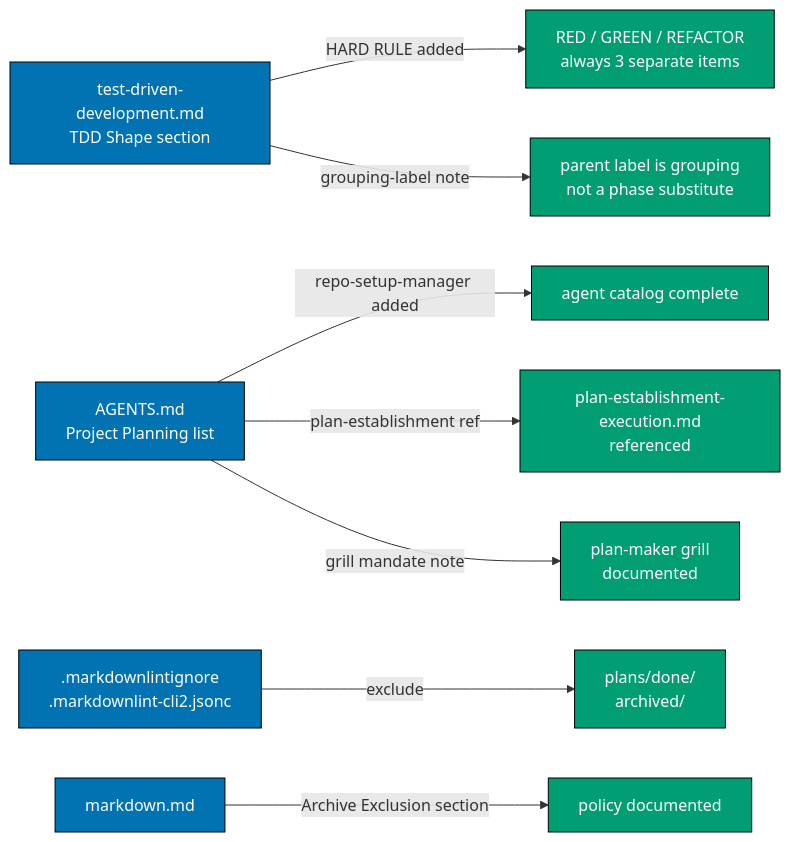
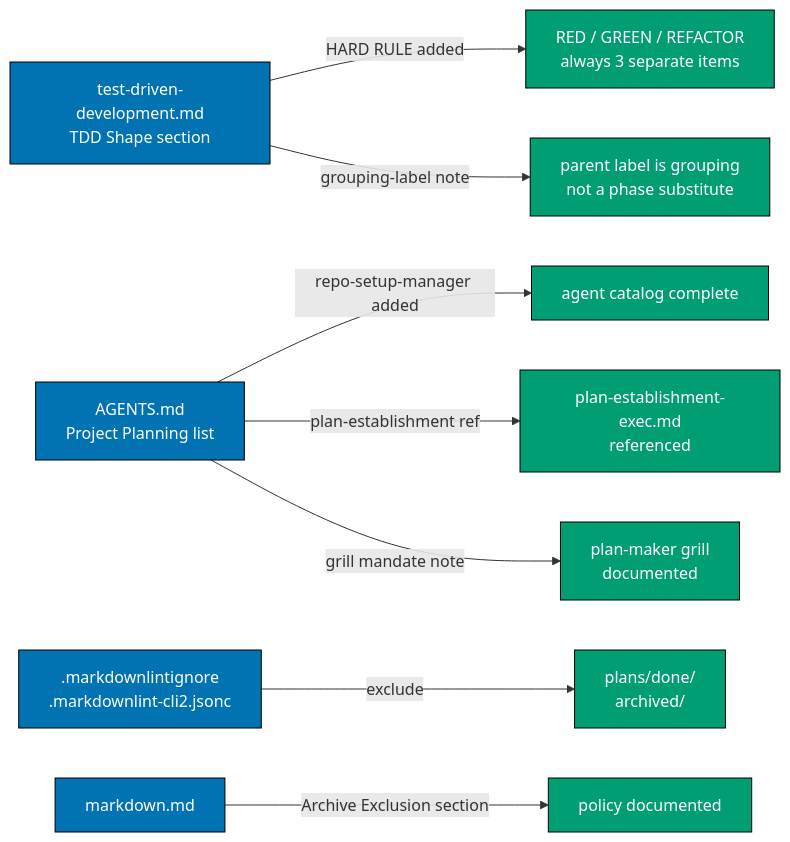
Before and after one commit to wahidyankf/ose-primer: the diagram in plans/done/2026-05-26__planning-system-overhaul/tech-docs.md, drawn with Mermaid. The commit also changed 5 other files, not shown here.

First line of the commit message:
docs: fix over-wide and over-long mermaid state diagrams

````diff
--- a/plans/done/2026-05-26__planning-system-overhaul/tech-docs.md
+++ b/plans/done/2026-05-26__planning-system-overhaul/tech-docs.md
@@ -8,22 +8,22 @@
 ```mermaid
 flowchart LR
     A[test-driven-development.md\nTDD Shape section] -->|HARD RULE added| B[RED / GREEN / REFACTOR\nalways 3 separate items]
     A -->|grouping-label note| C[parent label is grouping\nnot a phase substitute]
     D[AGENTS.md\nProject Planning list] -->|repo-setup-manager added| E[agent catalog complete]
-    D -->|plan-establishment ref| F[plan-establishment-execution.md\nreferenced]
+    D -->|plan-establishment ref| F[plan-establishment-exec.md\nreferenced]
     D -->|grill mandate note| G[plan-maker grill\ndocumented]
     H[.markdownlintignore\n.markdownlint-cli2.jsonc] -->|exclude| I[plans/done/\narchived/]
     J[markdown.md] -->|Archive Exclusion section| K[policy documented]
 
     style A fill:#0173B2,stroke:#000,color:#FFF
     style D fill:#0173B2,stroke:#000,color:#FFF
     style H fill:#0173B2,stroke:#000,color:#FFF
     style J fill:#0173B2,stroke:#000,color:#FFF
     style B fill:#029E73,stroke:#000,color:#FFF
     style C fill:#029E73,stroke:#000,color:#FFF
     style E fill:#029E73,stroke:#000,color:#FFF
     style F fill:#029E73,stroke:#000,color:#FFF
     style G fill:#029E73,stroke:#000,color:#FFF
     style I fill:#029E73,stroke:#000,color:#FFF
     style K fill:#029E73,stroke:#000,color:#FFF
 ```
````
